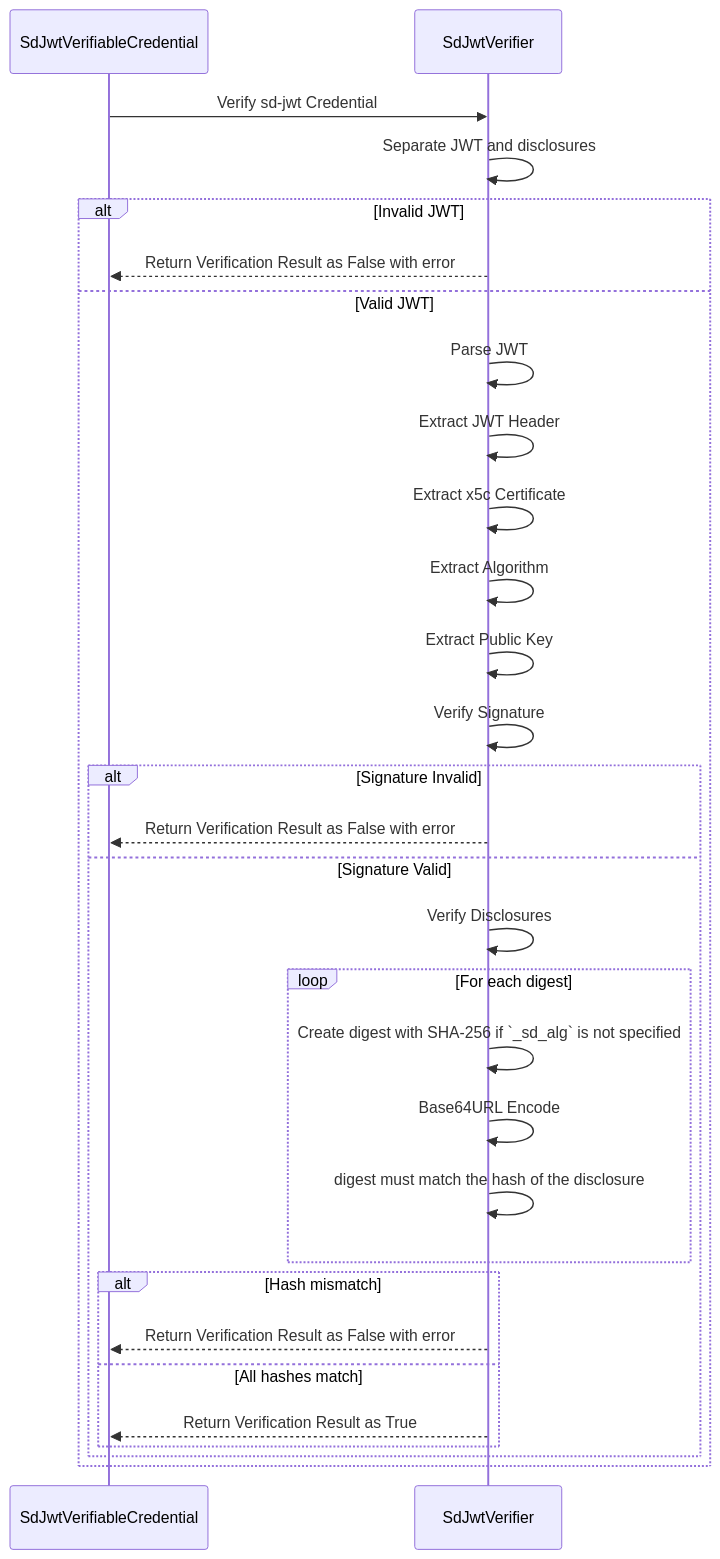
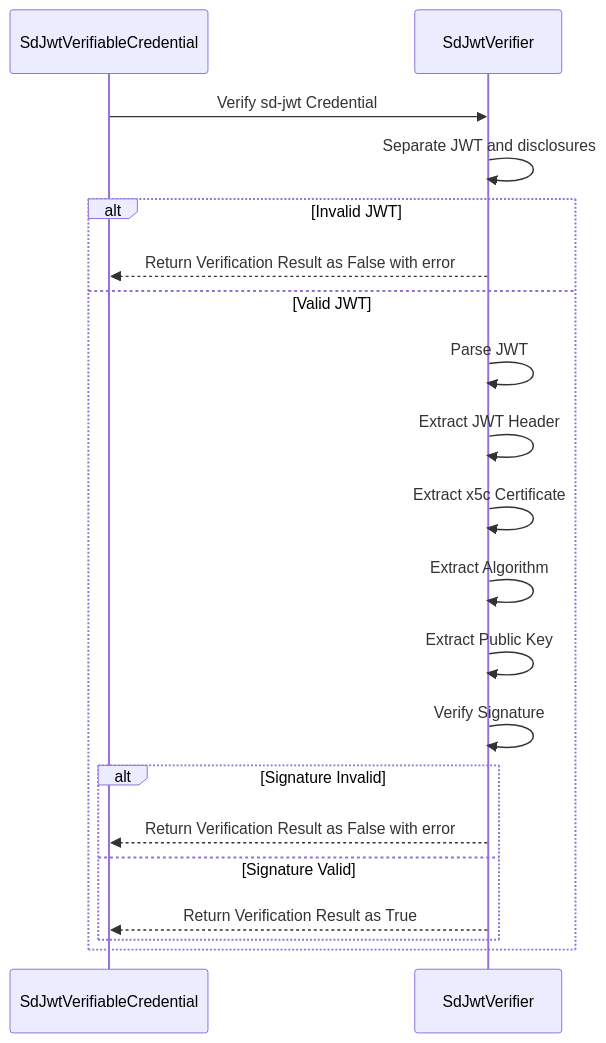
One commit to mosip/vc-verifier changed the third of 3 diagrams in doc/sdjwt-vc-verification-support.md. Above: the diagram before and after it, drawn with Mermaid. The commit also changed other lines of this file, not shown here.

Commit message:
[INJIMOB-3365] - move disclosure verification in validation and update validation steps

````diff
--- a/doc/sdjwt-vc-verification-support.md
+++ b/doc/sdjwt-vc-verification-support.md
@@ -92,31 +111,21 @@
 ```mermaid
 sequenceDiagram
    
     SdJwtVerifiableCredential->>SdJwtVerifier: Verify sd-jwt Credential
     SdJwtVerifier->>SdJwtVerifier: Separate JWT and disclosures
     alt Invalid JWT
        SdJwtVerifier-->>SdJwtVerifiableCredential: Return Verification Result as False with error
     else Valid JWT
        SdJwtVerifier->>SdJwtVerifier: Parse JWT
        SdJwtVerifier->>SdJwtVerifier: Extract JWT Header
        SdJwtVerifier->>SdJwtVerifier: Extract x5c Certificate
        SdJwtVerifier->>SdJwtVerifier: Extract Algorithm
        SdJwtVerifier->>SdJwtVerifier: Extract Public Key
        SdJwtVerifier->>SdJwtVerifier: Verify Signature
        alt Signature Invalid
           SdJwtVerifier-->>SdJwtVerifiableCredential: Return Verification Result as False with error
        else Signature Valid
-          SdJwtVerifier->>SdJwtVerifier: Verify Disclosures
-          loop For each digest
-             SdJwtVerifier->>SdJwtVerifier: Create digest with SHA-256 if `_sd_alg` is not specified
-             SdJwtVerifier->>SdJwtVerifier: Base64URL Encode
-             SdJwtVerifier->>SdJwtVerifier: digest must match the hash of the disclosure
-          end
-          alt Hash mismatch
-             SdJwtVerifier-->>SdJwtVerifiableCredential: Return Verification Result as False with error
-          else All hashes match
-             SdJwtVerifier-->>SdJwtVerifiableCredential: Return Verification Result as True
-          end
+          SdJwtVerifier-->>SdJwtVerifiableCredential: Return Verification Result as True
        end
     end
 ```
````
